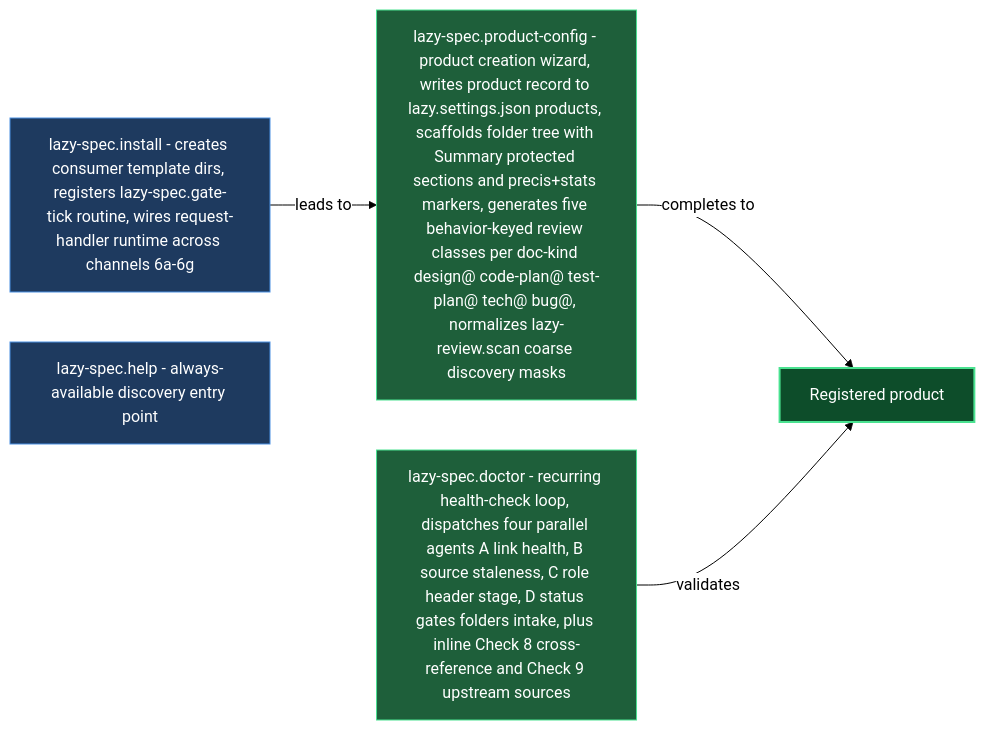
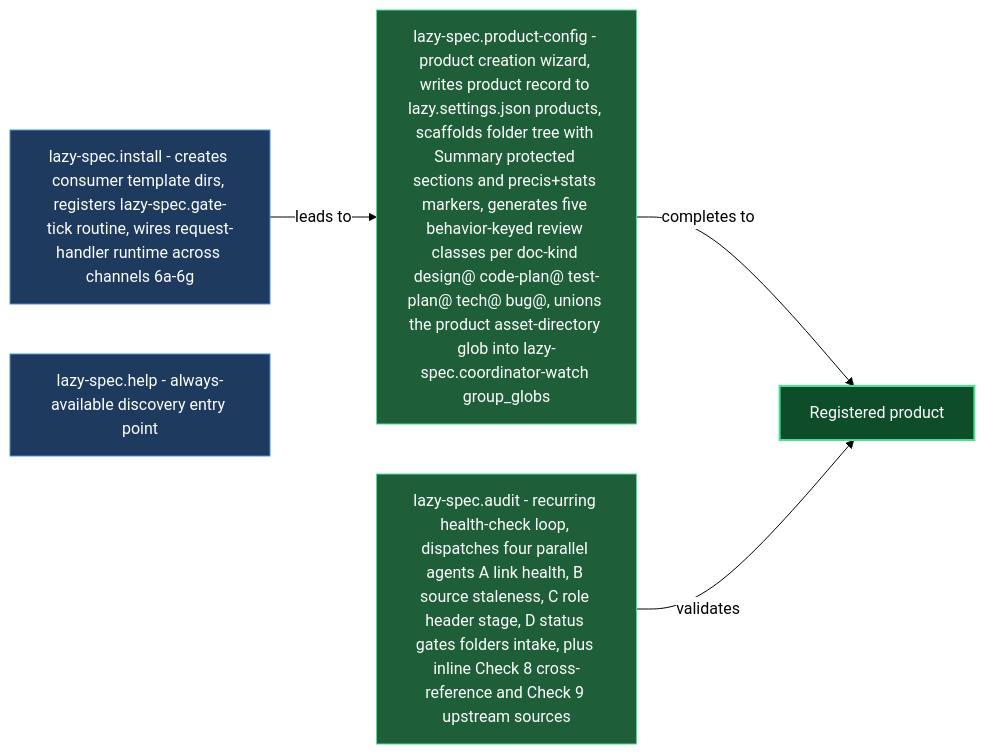
The diagram in claude/lazycortex-specs/help/install-and-audit.md (mebius-san/lazy-cortex), drawn with Mermaid before and after one commit. The commit also changed other lines of this file and 288 other files, not shown here.

First line of the commit message:
release core 9.3.0, diagram 1.2.1, experts 1.5.0, observe 2.0.0, obsidian 5.2.1, python 4.4.0, review 6.4.3, specs 8.0.0, wiki 3.0.0

````diff
--- a/claude/lazycortex-specs/help/install-and-audit.md
+++ b/claude/lazycortex-specs/help/install-and-audit.md
@@ -79,23 +79,23 @@
 ```mermaid
 %%{init: {'themeVariables':{'background':'transparent','lineColor':'#000','textColor':'#000','edgeLabelBackground':'#fff'},'themeCSS':'.edgeLabel{background-color:transparent!important}.edgeLabel p{background-color:transparent!important}','flowchart':{'diagramPadding':5,'useMaxWidth':true}}}%%
 flowchart LR
   specInstall[lazy-spec.install - creates consumer template dirs, registers lazy-spec.gate-tick routine, wires request-handler runtime across channels 6a-6g]
-  specProductConfig[lazy-spec.product-config - product creation wizard, writes product record to lazy.settings.json products, scaffolds folder tree with Summary protected sections and precis+stats markers, generates five behavior-keyed review classes per doc-kind design@ code-plan@ test-plan@ tech@ bug@, normalizes lazy-review.scan coarse discovery masks]
+  specProductConfig[lazy-spec.product-config - product creation wizard, writes product record to lazy.settings.json products, scaffolds folder tree with Summary protected sections and precis+stats markers, generates five behavior-keyed review classes per doc-kind design@ code-plan@ test-plan@ tech@ bug@, unions the product asset-directory glob into lazy-spec.coordinator-watch group_globs]
   registeredProduct[Registered product]
-  specDoctor[lazy-spec.doctor - recurring health-check loop, dispatches four parallel agents A link health, B source staleness, C role header stage, D status gates folders intake, plus inline Check 8 cross-reference and Check 9 upstream sources]
+  specDoctor[lazy-spec.audit - recurring health-check loop, dispatches four parallel agents A link health, B source staleness, C role header stage, D status gates folders intake, plus inline Check 8 cross-reference and Check 9 upstream sources]
   specHelp[lazy-spec.help - always-available discovery entry point]
 
   specInstall -->|leads to| specProductConfig
   specProductConfig -->|completes to| registeredProduct
   specDoctor -->|validates| registeredProduct
 
   classDef entry fill:#1e3a5f,stroke:#4a90e2,color:#fff
   classDef action fill:#1e5f3a,stroke:#4ae290,color:#fff
   classDef success fill:#0d4d2a,stroke:#4ae290,color:#fff,stroke-width:2px
 
   class specInstall entry
   class specHelp entry
   class specProductConfig action
   class specDoctor action
   class registeredProduct success
 ```
````
